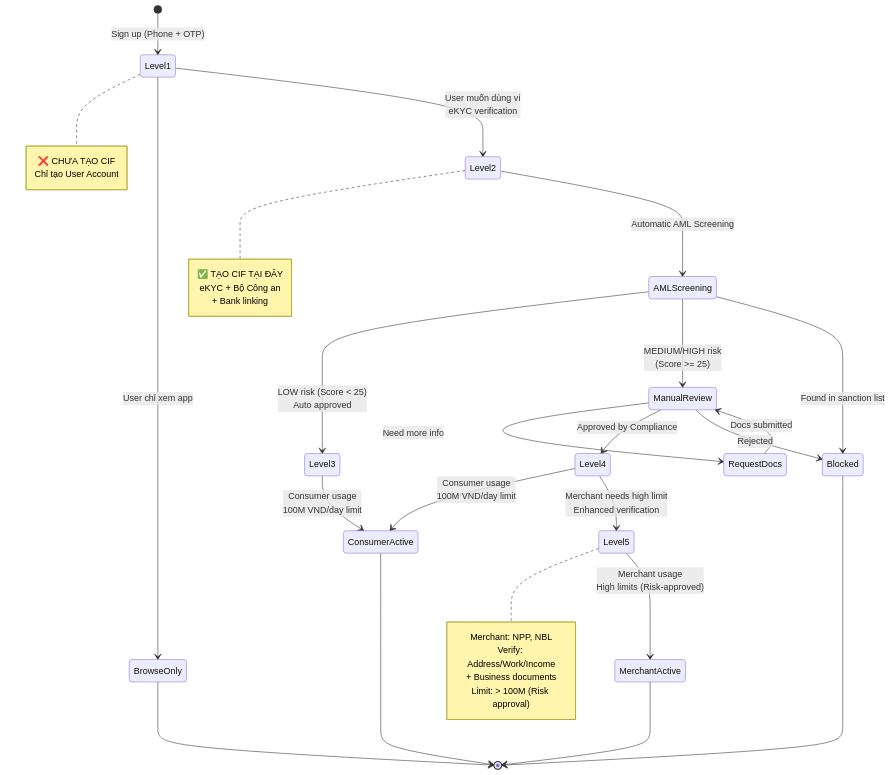
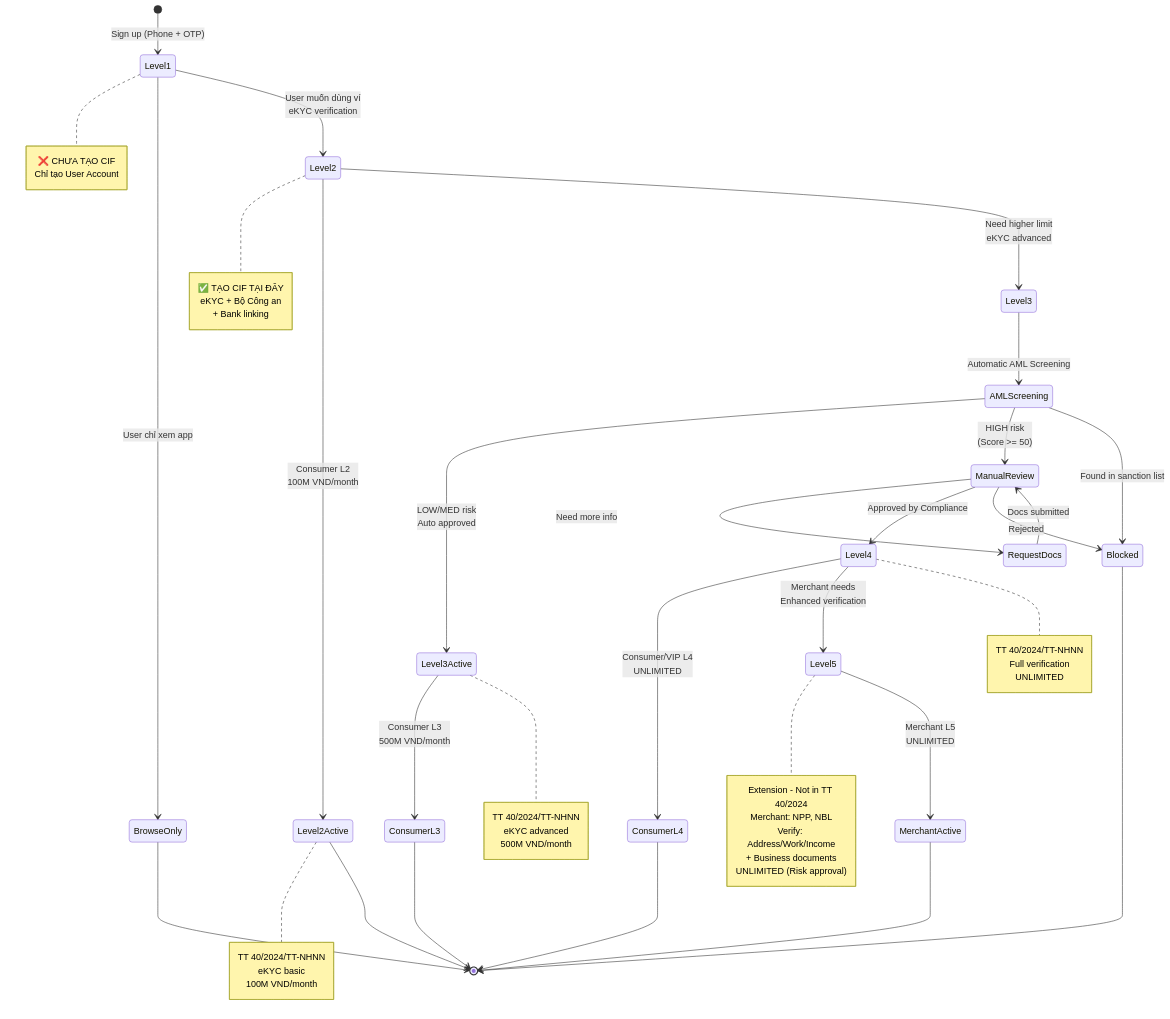
The fifth of 6 diagrams in docs/cbs-sdk-finance/10-cif-management.md (PhuMBT/eWallet_CBS), drawn with Mermaid before and after one commit. The commit also changed other lines of this file, not shown here.

First line of the commit message:
feat(cif): Cập nhật KYC Levels theo Thông tư 40/2024/TT-NHNN

````diff
--- a/docs/cbs-sdk-finance/10-cif-management.md
+++ b/docs/cbs-sdk-finance/10-cif-management.md
@@ -1623,48 +1684,72 @@
 ```mermaid
 stateDiagram-v2
     [*] --> Level1: Sign up (Phone + OTP)
     
     note right of Level1
         ❌ CHƯA TẠO CIF
         Chỉ tạo User Account
     end note
     
     Level1 --> BrowseOnly: User chỉ xem app
     Level1 --> Level2: User muốn dùng ví<br/>eKYC verification
     
     note right of Level2
         ✅ TẠO CIF TẠI ĐÂY
         eKYC + Bộ Công an
         + Bank linking
     end note
     
-    Level2 --> AMLScreening: Automatic AML Screening
+    Level2 --> Level2Active: Consumer L2<br/>100M VND/month
+    Level2 --> Level3: Need higher limit<br/>eKYC advanced
     
-    AMLScreening --> Level3: LOW risk (Score < 25)<br/>Auto approved
-    AMLScreening --> ManualReview: MEDIUM/HIGH risk<br/>(Score >= 25)
+    Level3 --> AMLScreening: Automatic AML Screening
+    
+    AMLScreening --> Level3Active: LOW/MED risk<br/>Auto approved
+    AMLScreening --> ManualReview: HIGH risk<br/>(Score >= 50)
     AMLScreening --> Blocked: Found in sanction list
     
     ManualReview --> RequestDocs: Need more info
     RequestDocs --> ManualReview: Docs submitted
     
     ManualReview --> Level4: Approved by Compliance
     ManualReview --> Blocked: Rejected
     
-    Level3 --> ConsumerActive: Consumer usage<br/>100M VND/day limit
-    Level4 --> ConsumerActive: Consumer usage<br/>100M VND/day limit
-    Level4 --> Level5: Merchant needs high limit<br/>Enhanced verification
+    Level3Active --> ConsumerL3: Consumer L3<br/>500M VND/month
+    Level4 --> ConsumerL4: Consumer/VIP L4<br/>UNLIMITED
+    Level4 --> Level5: Merchant needs<br/>Enhanced verification
+    
+    note right of Level2Active
+        TT 40/2024/TT-NHNN
+        eKYC basic
+        100M VND/month
+    end note
+    
+    note right of Level3Active
+        TT 40/2024/TT-NHNN
+        eKYC advanced
+        500M VND/month
+    end note
+    
+    note right of Level4
+        TT 40/2024/TT-NHNN
+        Full verification
+        UNLIMITED
+    end note
     
     note right of Level5
+        Extension - Not in TT 40/2024
         Merchant: NPP, NBL
         Verify: Address/Work/Income
         + Business documents
-        Limit: > 100M (Risk approval)
+        UNLIMITED (Risk approval)
     end note
     
-    Level5 --> MerchantActive: Merchant usage<br/>High limits (Risk-approved)
+    Level5 --> MerchantActive: Merchant L5<br/>UNLIMITED
     
     BrowseOnly --> [*]
-    ConsumerActive --> [*]
+    Level2Active --> [*]
+    ConsumerL3 --> [*]
+    ConsumerL4 --> [*]
     MerchantActive --> [*]
     Blocked --> [*]
 ```
````
